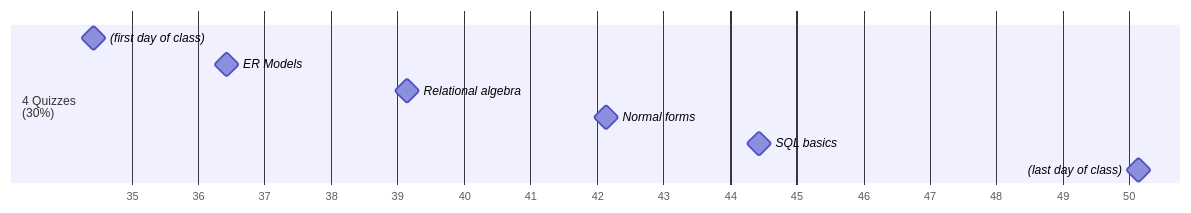
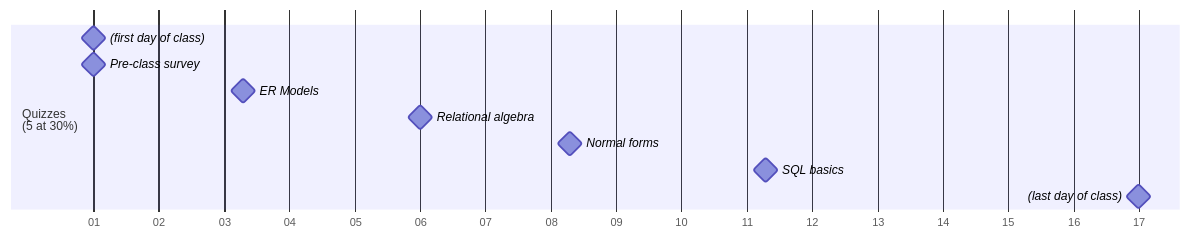
The third of 4 diagrams in topics/_cmsc408-overview.qmd (lowkeylabs/cmsc408-course-admin), drawn with Mermaid before and after one commit. The commit also changed other lines of this file and 63 other files, not shown here.

````diff
--- a/topics/_cmsc408-overview.qmd
+++ b/topics/_cmsc408-overview.qmd
@@ -171,14 +258,15 @@
 ```{mermaid}
 %%| echo: false
 gantt
     dateFormat M/DD/YYYY
     axisFormat %U
 
-    section 4 Quizzes<br/>(30%)
-    (first day of class): milestone, ldc1, 08/23/2023, 0d
-    ER Models: milestone, q1, 09/06/2023, 0d
-    Relational algebra: milestone, q2, 09/25/2023, 0d
-    Normal forms: milestone, q3, 10/16/2023, 0d
-    SQL basics: milestone, q4, 11/01/2023, 0d
-    (last day of class): milestone, ldc2, 12/11/2023, 0d
+    section Quizzes<br/>(5 at 30%)
+    (first day of class): milestone, fdc1, 1/7/2024, 0d
+    Pre-class survey: milestone, q0, 1/7/2024, 0d
+    ER Models: milestone, q1, 1/23/2024, 0d
+    Relational algebra: milestone, q2, 2/11/2024, 0d
+    Normal forms: milestone, q3, 2/27/2024, 0d
+    SQL basics: milestone, q4, 3/19/2024, 0d
+    (last day of class): milestone, ldc2, 4/28/2024, 0d
 ```
````
